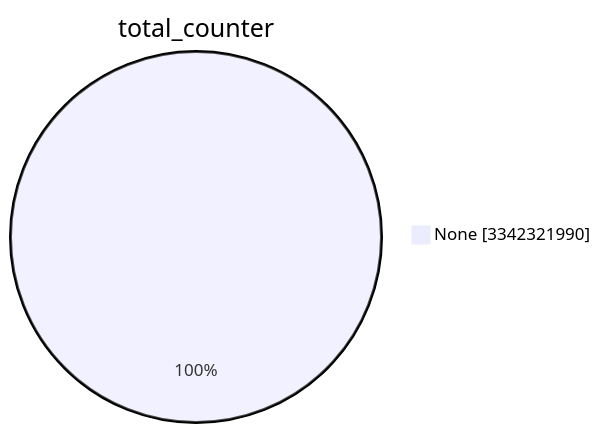
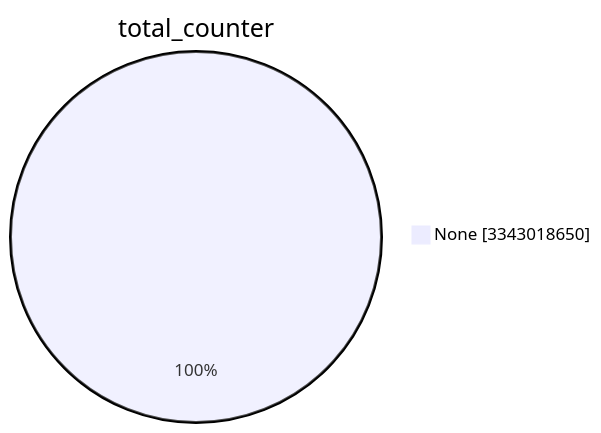
One commit to christiankrug/ctmonitor_visualization changed the first of 15 diagrams in TOTAL/README.md. Above: the diagram before and after it, drawn with Mermaid. The commit also changed other lines of this file, not shown here.

````diff
--- a/TOTAL/README.md
+++ b/TOTAL/README.md
@@ -1,5 +1,5 @@
 ```mermaid
 pie showData
 title total_counter
-"None" :3342321990
+"None" :3343018650
 ```
````
